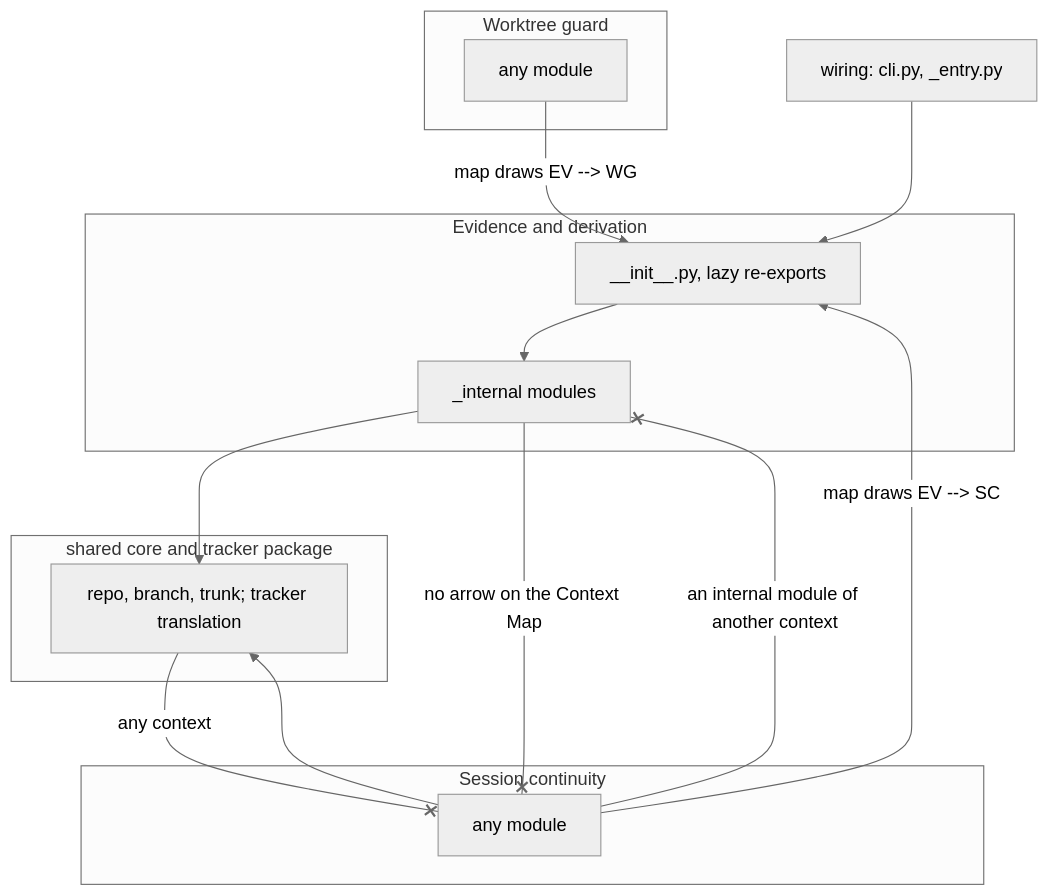
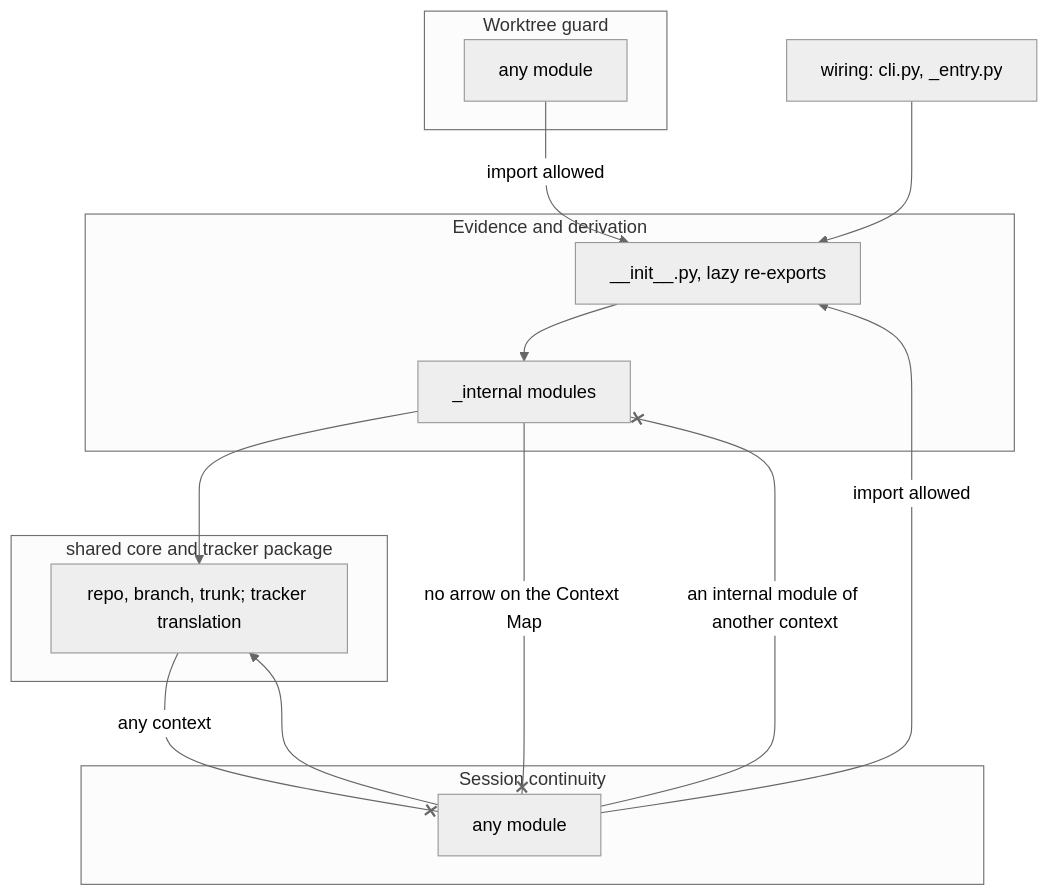
Before and after one commit to aamarin/wfctl: the diagram in docs/architecture/contexts-are-packages.md, drawn with Mermaid (neutral theme). The commit also changed other lines of this file and 1 other file, not shown here.

First line of the commit message:
docs(arch): label allowed imports plainly, and say which map arrows allow them

````diff
--- a/docs/architecture/contexts-are-packages.md
+++ b/docs/architecture/contexts-are-packages.md
@@ -141,27 +141,27 @@
 ```mermaid
 flowchart TB
     subgraph EV["Evidence and derivation"]
         EVP["__init__.py, lazy re-exports"]
         EVI["_internal modules"]
         EVP --> EVI
     end
     subgraph SC["Session continuity"]
         SCM["any module"]
     end
     subgraph WG["Worktree guard"]
         WGM["any module"]
     end
     subgraph SH["shared core and tracker package"]
         SHM["repo, branch, trunk; tracker translation"]
     end
     CLI["wiring: cli.py, _entry.py"]
 
-    SCM -->|"map draws EV --> SC"| EVP
-    WGM -->|"map draws EV --> WG"| EVP
+    SCM -->|"import allowed"| EVP
+    WGM -->|"import allowed"| EVP
     SCM --> SHM
     EVI --> SHM
     CLI --> EVP
     SCM -- "an internal module of another context" --x EVI
     EVI -- "no arrow on the Context Map" --x SCM
     SHM -- "any context" --x SCM
 ```
````
